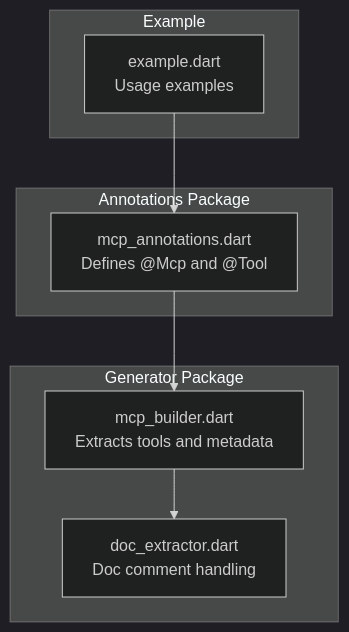
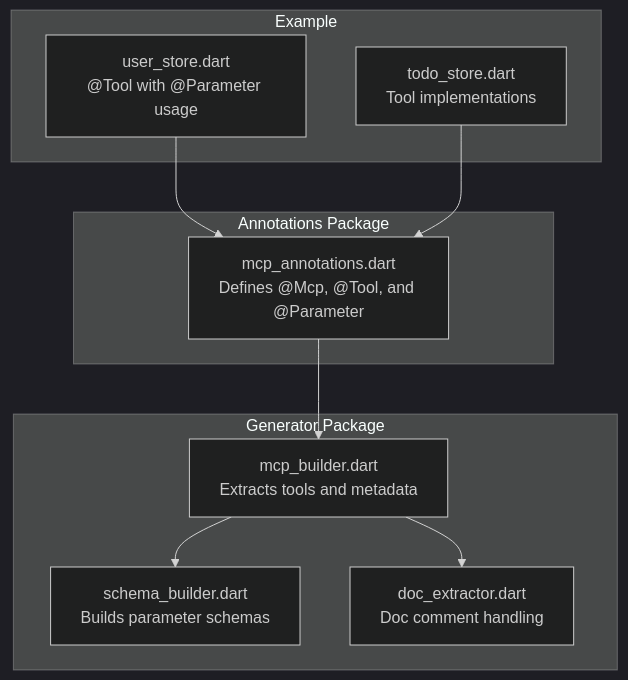
Before and after one commit to cdavis-code/easy_mcp_workspace: the first of 7 diagrams in .qoder/repowiki/en/content/Annotations Reference/@Tool Annotation.md, drawn with Mermaid (dark theme). The commit also changed other lines of this file and 13 other files, not shown here.

````diff
--- a/.qoder/repowiki/en/content/Annotations Reference/@Tool Annotation.md
+++ b/.qoder/repowiki/en/content/Annotations Reference/@Tool Annotation.md
@@ -31,16 +41,20 @@
 ```mermaid
 graph TB
 subgraph "Annotations Package"
-A["mcp_annotations.dart<br/>Defines @Mcp and @Tool"]
+A["mcp_annotations.dart<br/>Defines @Mcp, @Tool, and @Parameter"]
 end
 subgraph "Generator Package"
 B["mcp_builder.dart<br/>Extracts tools and metadata"]
-C["doc_extractor.dart<br/>Doc comment handling"]
+C["schema_builder.dart<br/>Builds parameter schemas"]
+D["doc_extractor.dart<br/>Doc comment handling"]
 end
 subgraph "Example"
-D["example.dart<br/>Usage examples"]
+E["user_store.dart<br/>@Tool with @Parameter usage"]
+F["todo_store.dart<br/>Tool implementations"]
 end
 A --> B
 B --> C
-D --> A
+B --> D
+E --> A
+F --> A
 ```
````
